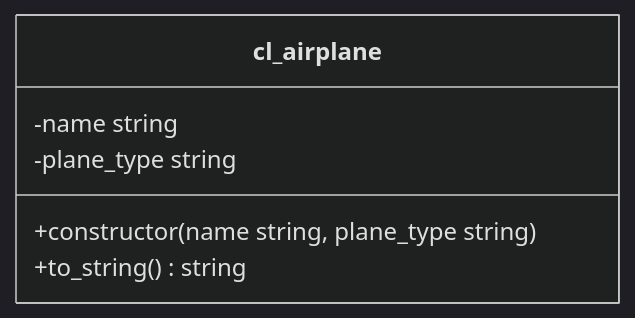
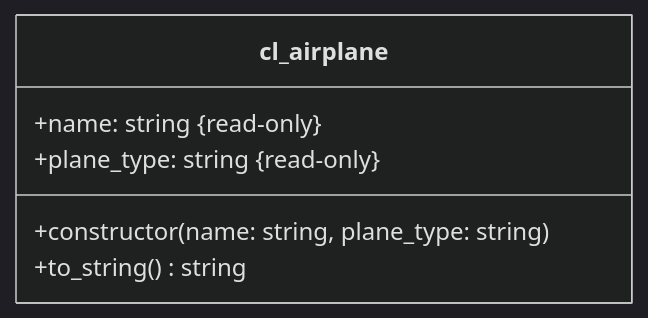
The diagram in docs/exercises/abap-objects/abap-objects-03.md (appenmaier/s4hana), drawn with Mermaid (dark theme) before and after one commit. The commit also changed 7 other files, not shown here.

Commit message:
update class-diagrams

````diff
--- a/docs/exercises/abap-objects/abap-objects-03.md
+++ b/docs/exercises/abap-objects/abap-objects-03.md
@@ -11,9 +11,9 @@
 ```mermaid
 classDiagram
     class cl_airplane {
-      -name string
-      -plane_type string
-      +constructor(name string, plane_type string)
+      +name: string &#123read-only&#125
+      +plane_type: string &#123read-only&#125
+      +constructor(name: string, plane_type: string)
       +to_string() string
     }
 ```
````
